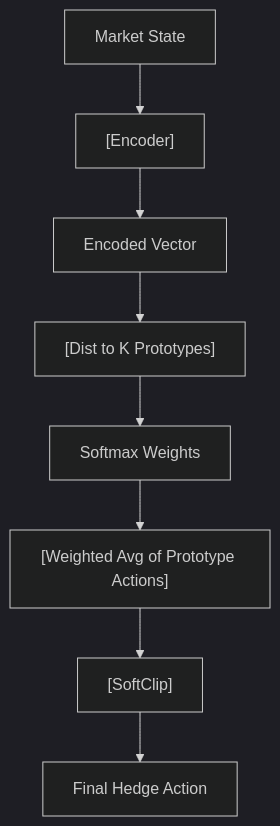
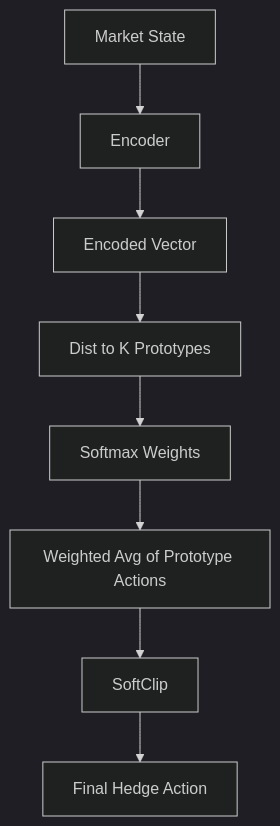
The diagram in foundations/reinforcement-learning/protohedge.md (sou350121/Trading-Handbook), drawn with Mermaid (dark theme) before and after one commit. The commit also changed 191 other files, not shown here.

First line of the commit message:
render: fix math + mermaid for GitHub across the corpus (188 pages)

````diff
--- a/foundations/reinforcement-learning/protohedge.md
+++ b/foundations/reinforcement-learning/protohedge.md
@@ -30,10 +30,10 @@
 ```mermaid
 flowchart TD
-    A["Market State"] --> B["[Encoder]"]
+    A["Market State"] --> B["Encoder"]
     B --> C["Encoded Vector"]
-    C --> D["[Dist to K Prototypes]"]
+    C --> D["Dist to K Prototypes"]
     D --> E["Softmax Weights"]
-    E --> F["[Weighted Avg of Prototype Actions]"]
-    F --> G["[SoftClip]"]
+    E --> F["Weighted Avg of Prototype Actions"]
+    F --> G["SoftClip"]
     G --> H["Final Hedge Action"]
 ```
````
